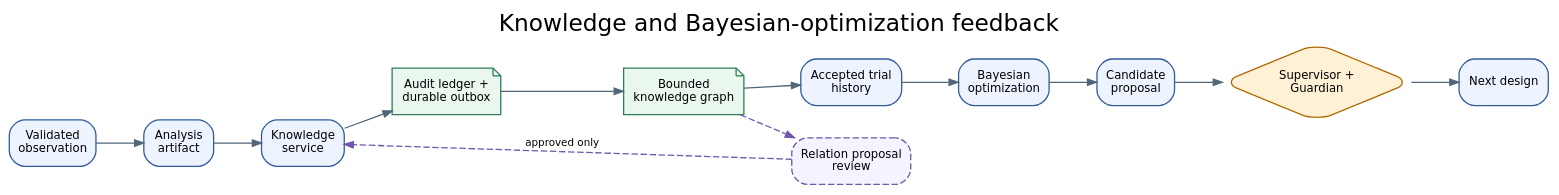
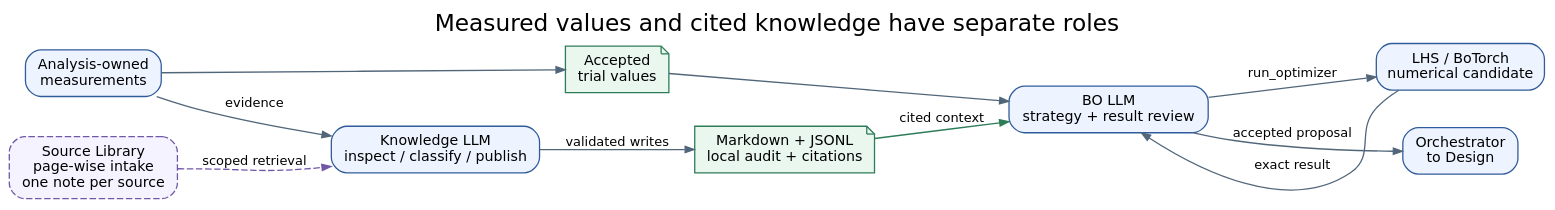
Before and after one commit to JIN9811/autonomous_researcher: the diagram in docs/paper/assets/figures/05_knowledge_bo_feedback.dot, drawn with Graphviz. The commit also changed 53 other files, not shown here.

```diff
--- a/docs/paper/assets/figures/05_knowledge_bo_feedback.dot
+++ b/docs/paper/assets/figures/05_knowledge_bo_feedback.dot
@@ -1,21 +1,23 @@
 digraph knowledge_bo_feedback {
-  graph [rankdir=LR, bgcolor="transparent", pad="0.25", nodesep="0.34", ranksep="0.5", fontname="DejaVu Sans", label="Knowledge and Bayesian-optimization feedback", labelloc="t", fontsize=18];
-  node [shape=box, style="rounded,filled", fillcolor="#EEF4FF", color="#315C9B", fontname="DejaVu Sans", fontsize=9, margin="0.1,0.07"];
-  edge [color="#52667A", fontname="DejaVu Sans", fontsize=8, arrowsize=0.7];
+  graph [rankdir=LR, bgcolor="transparent", pad="0.25", nodesep="0.4", ranksep="0.55", fontname="DejaVu Sans", label="Measured values and cited knowledge have separate roles", labelloc="t", fontsize=18];
+  node [shape=box, style="rounded,filled", fillcolor="#EEF4FF", color="#315C9B", fontname="DejaVu Sans", fontsize=11, margin="0.12,0.09"];
+  edge [color="#52667A", fontname="DejaVu Sans", fontsize=10, arrowsize=0.7];
 
-  observation [label="Validated\nobservation"];
-  analysis [label="Analysis\nartifact"];
-  service [label="Knowledge\nservice"];
-  ledger [label="Audit ledger +\ndurable outbox", shape=note, fillcolor="#E9F7EF", color="#2E7D59"];
-  kg [label="Bounded\nknowledge graph", shape=note, fillcolor="#E9F7EF", color="#2E7D59"];
-  trials [label="Accepted trial\nhistory"];
-  bo [label="Bayesian\noptimization"];
-  candidate [label="Candidate\nproposal"];
-  gate [label="Supervisor +\nGuardian", shape=diamond, fillcolor="#FFF1D6", color="#B26A00"];
-  design [label="Next design"];
-  reconcile [label="Relation proposal\nreview", style="rounded,dashed,filled", fillcolor="#F5F3FF", color="#7157A8"];
+  analysis [label="Analysis-owned\nmeasurements"];
+  trials [label="Accepted\ntrial values", shape=note, fillcolor="#E9F7EF", color="#2E7D59"];
+  service [label="Knowledge LLM\ninspect / classify / publish"];
+  memory [label="Markdown + JSONL\nlocal audit + citations", shape=note, fillcolor="#E9F7EF", color="#2E7D59"];
+  sources [label="Source Library\npage-wise intake\none note per source", style="rounded,dashed,filled", fillcolor="#F5F3FF", color="#7157A8"];
+  bo [label="BO LLM\nstrategy + result review"];
+  optimizer [label="LHS / BoTorch\nnumerical candidate"];
+  design [label="Orchestrator\nto Design"];
 
-  observation -> analysis -> service -> ledger -> kg -> trials -> bo -> candidate -> gate -> design;
-  kg -> reconcile [style=dashed, color="#7157A8"];
-  reconcile -> service [style=dashed, color="#7157A8", label="approved only"];
+  analysis -> service [label="evidence"];
+  service -> memory [label="validated writes"];
+  sources -> service [style=dashed, color="#7157A8", label="scoped retrieval"];
+  memory -> bo [color="#2E7D59", label="cited context"];
+  analysis -> trials -> bo;
+  bo -> optimizer [label="run_optimizer"];
+  optimizer -> bo [label="exact result", constraint=false];
+  bo -> design [label="accepted proposal"];
 }
```
